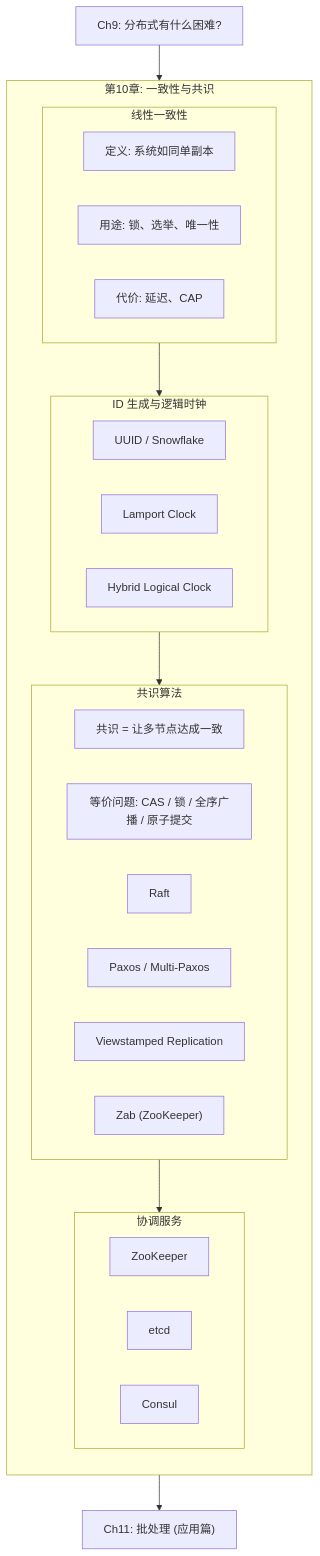
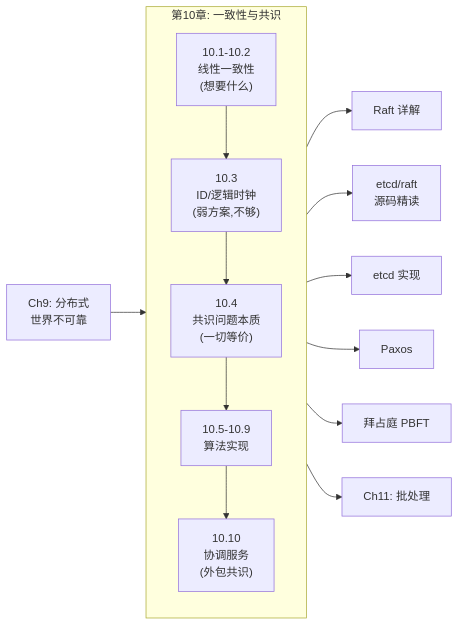
One commit to socoo123/ddia_2nd changed the first of 37 diagrams in ch10-一致性与共识.md. Above: the diagram before and after it, drawn with Mermaid. The commit also changed other lines of this file and 5 other files, not shown here.

````diff
--- a/ch10-一致性与共识.md
+++ b/ch10-一致性与共识.md
@@ -37,38 +33,23 @@
 ```mermaid
-graph TB
+flowchart LR
+    CH9["Ch9: 分布式<br/>世界不可靠"] --> CH10
+
     subgraph CH10["第10章: 一致性与共识"]
         direction TB
+        LIN["10.1-10.2<br/>线性一致性<br/>(想要什么)"]
+        CLK["10.3<br/>ID/逻辑时钟<br/>(弱方案,不够)"]
+        CON["10.4<br/>共识问题本质<br/>(一切等价)"]
+        ALG["10.5-10.9<br/>算法实现"]
+        SVC["10.10<br/>协调服务<br/>(外包共识)"]
 
-        subgraph LINEAR["线性一致性"]
-            DEF["定义: 系统如同单副本"]
-            USE["用途: 锁、选举、唯一性"]
-            COST["代价: 延迟、CAP"]
-        end
-
-        subgraph ID["ID 生成与逻辑时钟"]
-            UUID["UUID / Snowflake"]
-            LAMPORT["Lamport Clock"]
-            HLC["Hybrid Logical Clock"]
-        end
-
-        subgraph CONSENSUS["共识算法"]
-            PROBLEM["共识 = 让多节点达成一致"]
-            EQUIV["等价问题: CAS / 锁 / 全序广播 / 原子提交"]
-            RAFT["Raft"]
-            PAXOS["Paxos / Multi-Paxos"]
-            VR["Viewstamped Replication"]
-            ZAB["Zab (ZooKeeper)"]
-        end
-
-        subgraph COORD["协调服务"]
-            ZK["ZooKeeper"]
-            ETCD["etcd"]
-            CONSUL["Consul"]
-        end
-
-        LINEAR --> ID --> CONSENSUS --> COORD
+        LIN --> CLK --> CON --> ALG --> SVC
     end
 
-    CH9["Ch9: 分布式有什么困难?"] --> CH10
-    CH10 --> CH11["Ch11: 批处理 (应用篇)"]
+    ALG --> RAFT["Raft 详解"]
+    ALG --> SRC["etcd/raft<br/>源码精读"]
+    ALG --> ETCD["etcd 实现"]
+    ALG --> PAX["Paxos"]
+    ALG --> BFT["拜占庭 PBFT"]
+
+    CH10 --> CH11["Ch11: 批处理"]
 ```
````
